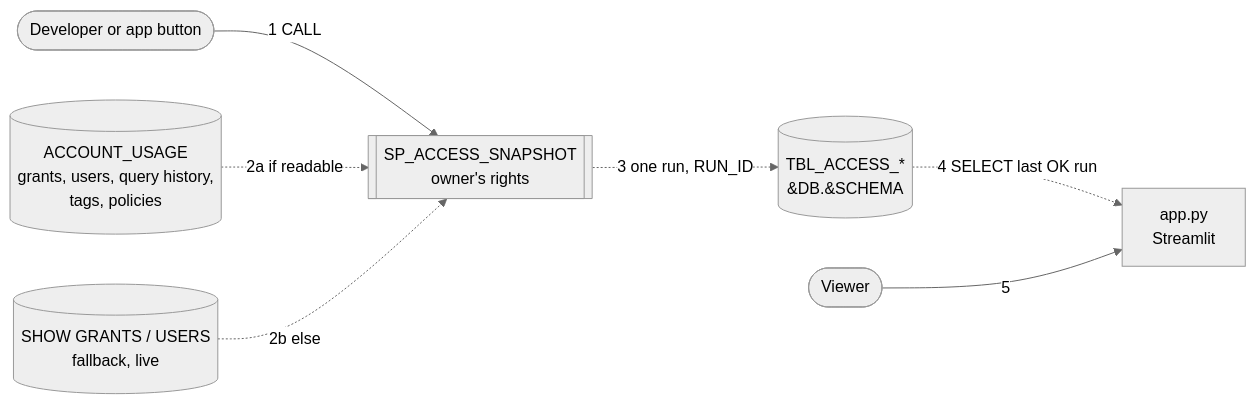
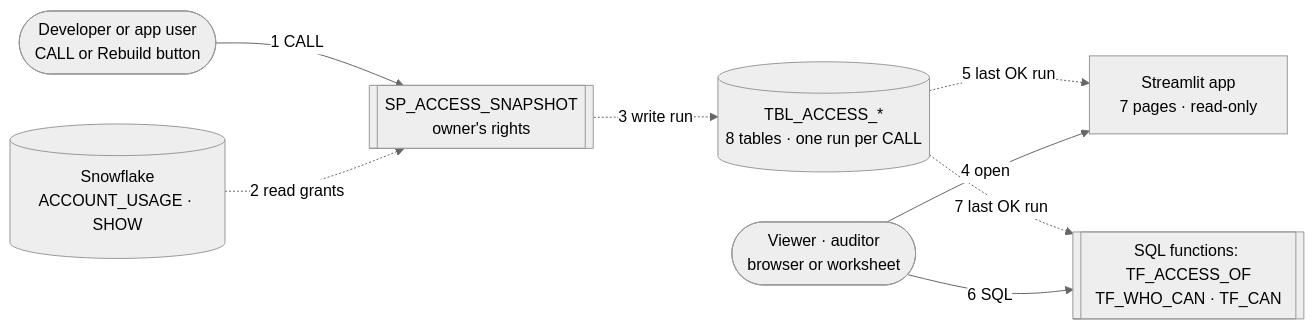
The first of 2 diagrams in access-explorer/README.md (darshanmeel/snowflake-access-explorer), drawn with Mermaid (neutral theme) before and after one commit. The commit also changed other lines of this file and 20 other files, not shown here.

Commit message:
Summary graph for big accounts, README.md, README.html, screenshots, requirements.txt

````diff
--- a/access-explorer/README.md
+++ b/access-explorer/README.md
@@ -7,15 +6,17 @@
 ```mermaid
 flowchart LR
-  AU[(ACCOUNT_USAGE<br/>grants, users, query history,<br/>tags, policies)]
-  SH[(SHOW GRANTS / USERS<br/>fallback, live)]
-  SP[[SP_ACCESS_SNAPSHOT<br/>owner's rights]]
-  T[(TBL_ACCESS_*<br/>&DB.&SCHEMA)]
-  APP[app.py<br/>Streamlit]
-  U([Viewer])
-  DEV([Developer or app button]) -- "1 CALL" --> SP
-  AU -. "2a if readable" .-> SP
-  SH -. "2b else" .-> SP
-  SP -. "3 one run, RUN_ID" .-> T
-  T -. "4 SELECT last OK run" .-> APP
-  U -- 5 --> APP
+  SF[("Snowflake<br/>ACCOUNT_USAGE · SHOW")]
+  SP[["SP_ACCESS_SNAPSHOT<br/>owner's rights"]]
+  T[("TBL_ACCESS_*<br/>8 tables · one run per CALL")]
+  APP["Streamlit app<br/>7 pages · read-only"]
+  TF[["SQL functions: TF_ACCESS_OF<br/>TF_WHO_CAN · TF_CAN"]]
+  D(["Developer or app user<br/>CALL or Rebuild button"])
+  U(["Viewer · auditor<br/>browser or worksheet"])
+  D -- "1 CALL" --> SP
+  SF -. "2 read grants" .-> SP
+  SP -. "3 write run" .-> T
+  T -. "5 last OK run" .-> APP
+  T -. "7 last OK run" .-> TF
+  U -- "4 open" --> APP
+  U -- "6 SQL" --> TF
 ```
````
